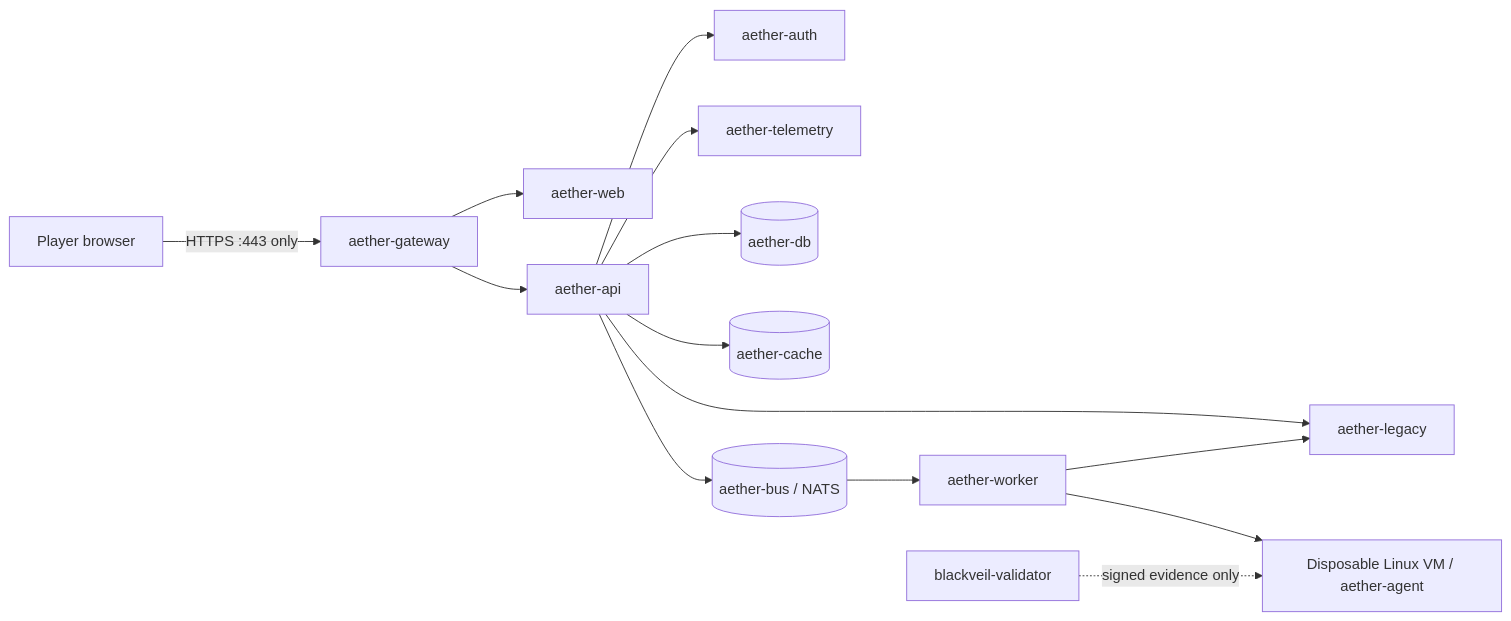
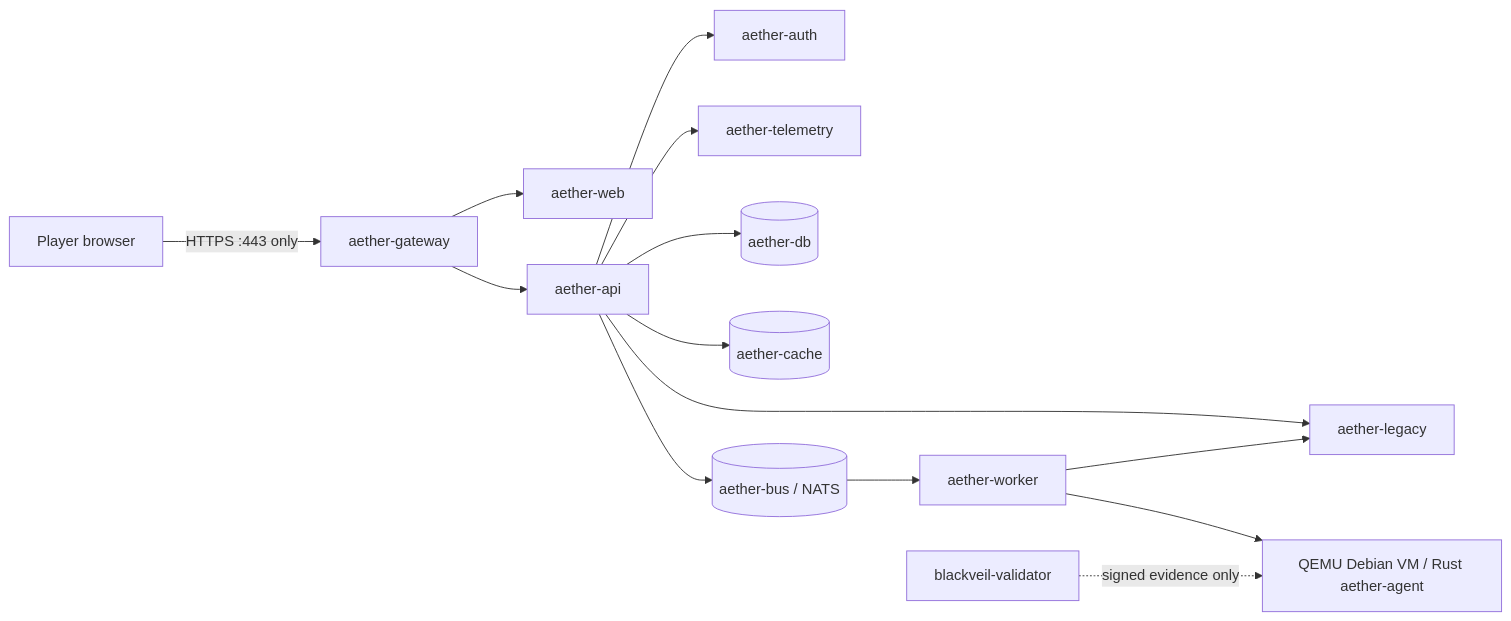
One commit to Loic-ally/Blackveil changed the diagram in blackveil/docs/architecture/network.md. Above: the diagram before and after it, drawn with Mermaid. The commit also changed other lines of this file and 23 other files, not shown here.

Commit message:
feat(blackveil): add disposable Linux VM stage

````diff
--- a/blackveil/docs/architecture/network.md
+++ b/blackveil/docs/architecture/network.md
@@ -5,16 +5,16 @@
 ```mermaid
 flowchart LR
     P[Player browser] -->|HTTPS :443 only| G[aether-gateway]
     G --> W[aether-web]
     G --> A[aether-api]
     A --> AU[aether-auth]
     A --> L[aether-legacy]
     A --> T[aether-telemetry]
     A --> PG[(aether-db)]
     A --> R[(aether-cache)]
     A --> N[(aether-bus / NATS)]
     N --> WK[aether-worker]
     WK --> L
-    WK --> VM[Disposable Linux VM / aether-agent]
+    WK --> VM[QEMU Debian VM / Rust aether-agent]
     V[blackveil-validator] -. signed evidence only .-> VM
 ```
````
